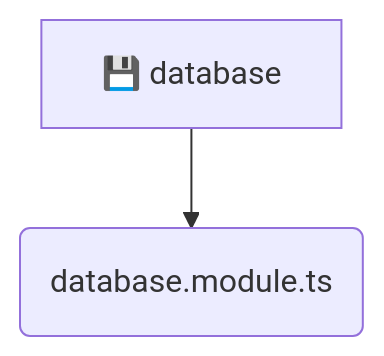
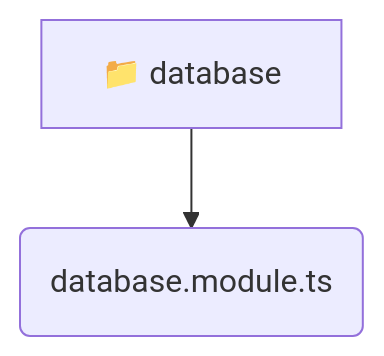
One commit to beginwebdev2002/fullstack-mavluda changed the diagram in backend/src/common/database/README.md. Above: the diagram before and after it, drawn with Mermaid. The commit also changed other lines of this file and 155 other files, not shown here.

````diff
--- a/backend/src/common/database/README.md
+++ b/backend/src/common/database/README.md
@@ -9,5 +9,5 @@
 ```mermaid
 graph TD
-  database[💾 database]
-  database --> database_module_ts(database.module.ts)
+  database[📁 database]
+  database --> database_database_module_ts(database.module.ts)
 ```
````
